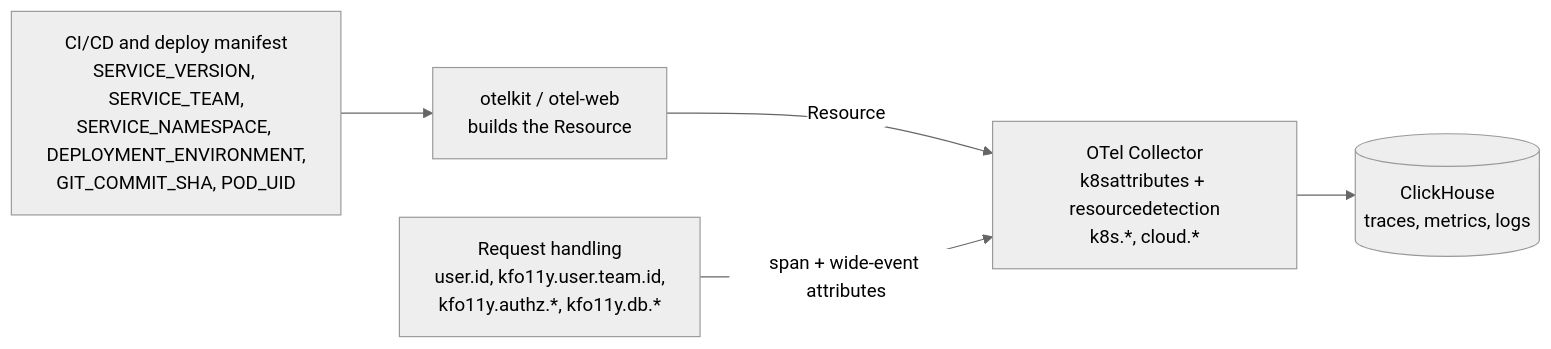
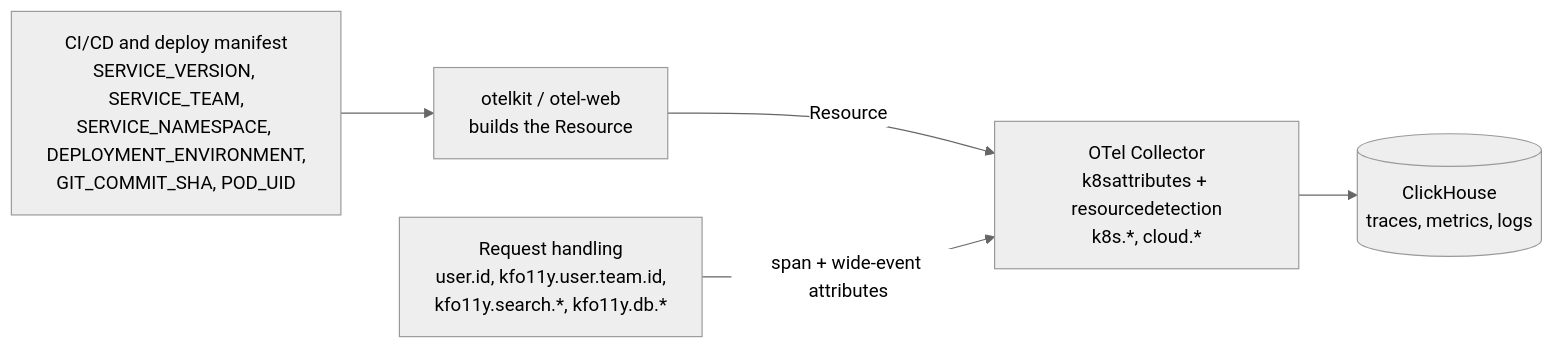
One commit to benhastings/o11y-standards changed the diagram in docs/01-telemetry-standard.md. Above: the diagram before and after it, drawn with Mermaid (neutral theme). The commit also changed other lines of this file and 31 other files, not shown here.

````diff
--- a/docs/01-telemetry-standard.md
+++ b/docs/01-telemetry-standard.md
@@ -47,12 +47,12 @@
 ```mermaid
 flowchart LR
     ci["CI/CD and deploy manifest<br/>SERVICE_VERSION, SERVICE_TEAM,<br/>SERVICE_NAMESPACE, DEPLOYMENT_ENVIRONMENT,<br/>GIT_COMMIT_SHA, POD_UID"]
     sdk["otelkit / otel-web<br/>builds the Resource"]
-    req["Request handling<br/>user.id, kfo11y.user.team.id,<br/>kfo11y.authz.*, kfo11y.db.*"]
+    req["Request handling<br/>user.id, kfo11y.user.team.id,<br/>kfo11y.search.*, kfo11y.db.*"]
     col["OTel Collector<br/>k8sattributes + resourcedetection<br/>k8s.*, cloud.*"]
     store[("ClickHouse<br/>traces, metrics, logs")]
     ci --> sdk
     sdk -- "Resource" --> col
     req -- "span + wide-event attributes" --> col
     col --> store
 ```
````
